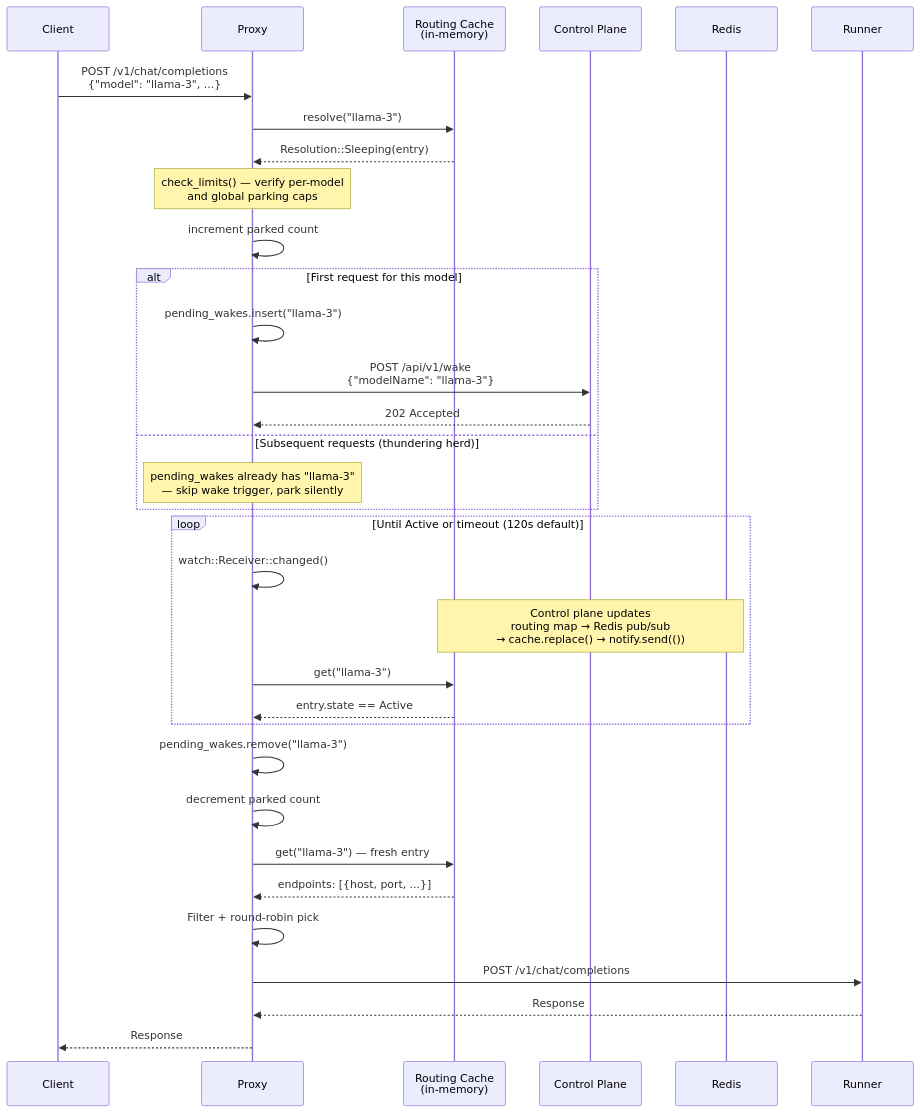
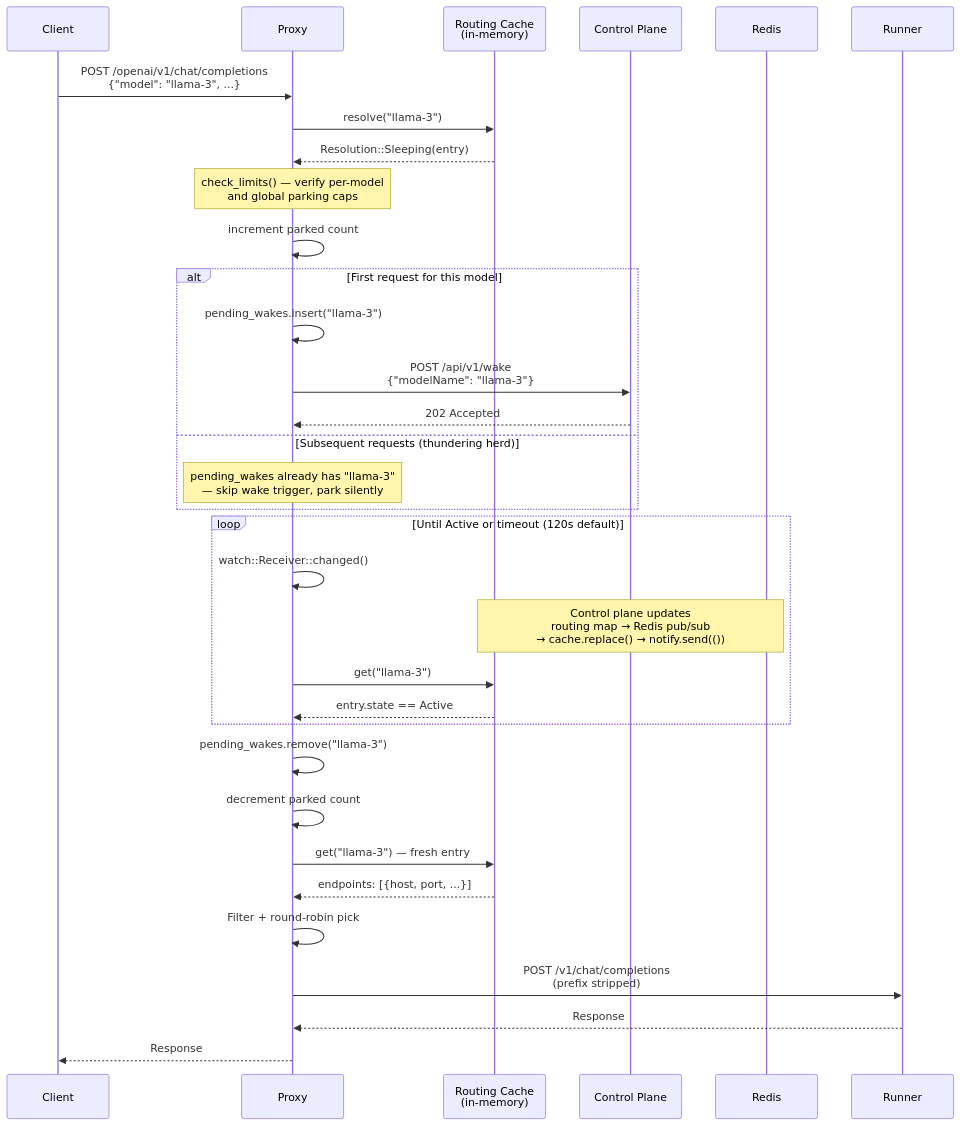
The second of 4 diagrams in docs/architecture/components/proxy.md (rh-aiservices-bu/school-of-sardeenz), drawn with Mermaid before and after one commit. The commit also changed other lines of this file and 124 other files, not shown here.

First line of the commit message:
feat(runners,proxy,control-plane): MLServer engine runner and protocol-family proxy surface (#125)

````diff
--- a/docs/architecture/components/proxy.md
+++ b/docs/architecture/components/proxy.md
@@ -74,41 +96,41 @@
 ```mermaid
 sequenceDiagram
     participant Client
     participant Proxy
     participant Cache as Routing Cache<br/>(in-memory)
     participant CP as Control Plane
     participant Redis
     participant Runner
 
-    Client->>Proxy: POST /v1/chat/completions<br/>{"model": "llama-3", ...}
+    Client->>Proxy: POST /openai/v1/chat/completions<br/>{"model": "llama-3", ...}
     Proxy->>Cache: resolve("llama-3")
     Cache-->>Proxy: Resolution::Sleeping(entry)
 
     Note over Proxy: check_limits() — verify per-model<br/>and global parking caps
     Proxy->>Proxy: increment parked count
 
     alt First request for this model
         Proxy->>Proxy: pending_wakes.insert("llama-3")
         Proxy->>CP: POST /api/v1/wake<br/>{"modelName": "llama-3"}
         CP-->>Proxy: 202 Accepted
     else Subsequent requests (thundering herd)
         Note over Proxy: pending_wakes already has "llama-3"<br/>— skip wake trigger, park silently
     end
 
     loop Until Active or timeout (120s default)
         Proxy->>Proxy: watch::Receiver::changed()
         Note over Redis,Cache: Control plane updates<br/>routing map → Redis pub/sub<br/>→ cache.replace() → notify.send(())
         Proxy->>Cache: get("llama-3")
         Cache-->>Proxy: entry.state == Active
     end
 
     Proxy->>Proxy: pending_wakes.remove("llama-3")
     Proxy->>Proxy: decrement parked count
     Proxy->>Cache: get("llama-3") — fresh entry
     Cache-->>Proxy: endpoints: [{host, port, ...}]
 
     Proxy->>Proxy: Filter + round-robin pick
-    Proxy->>Runner: POST /v1/chat/completions
+    Proxy->>Runner: POST /v1/chat/completions<br/>(prefix stripped)
     Runner-->>Proxy: Response
     Proxy-->>Client: Response
 ```
````
